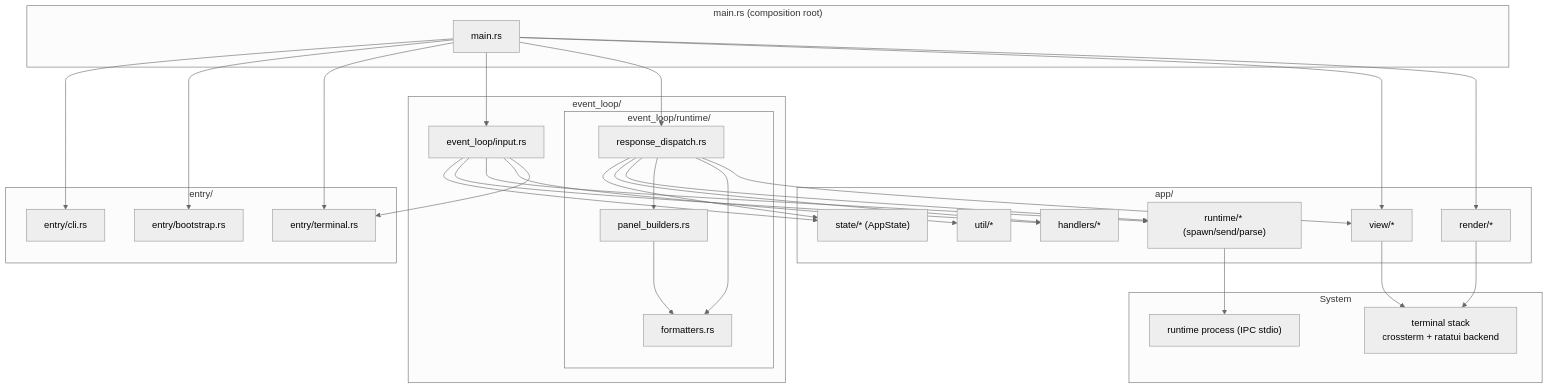
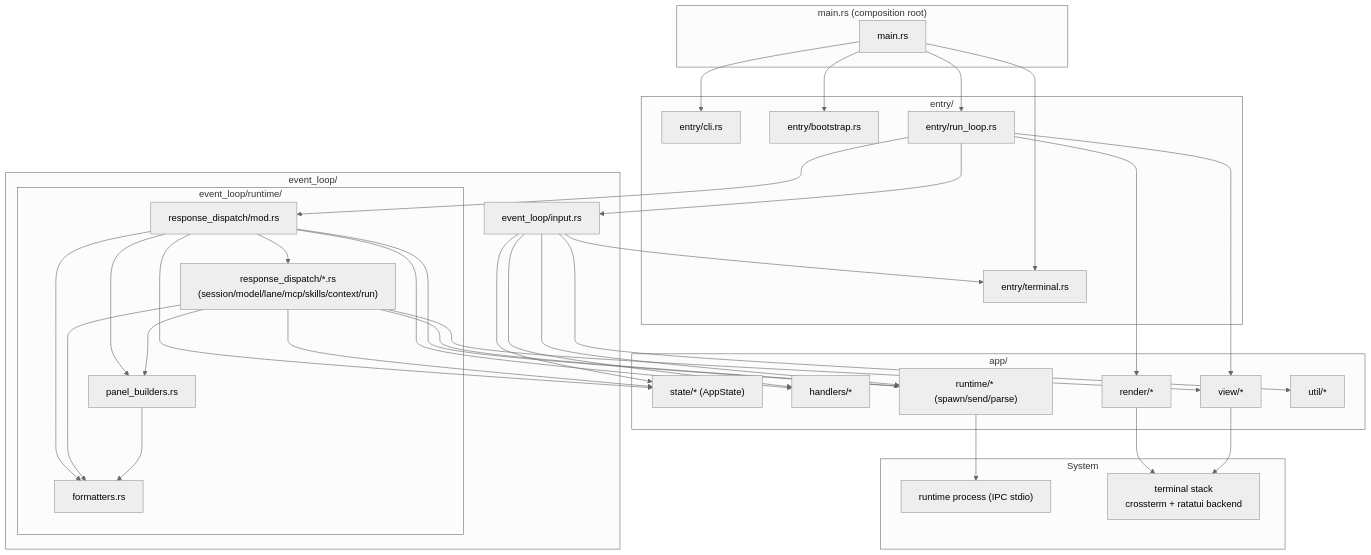
One commit to kousw/codelia changed the first of 3 diagrams in docs/specs/tui-architecture.md. Above: the diagram before and after it, drawn with Mermaid (neutral theme). The commit also changed other lines of this file and 14 other files, not shown here.

Commit message:
refactor(tui): split runtime response handlers and extract run loop

````diff
--- a/docs/specs/tui-architecture.md
+++ b/docs/specs/tui-architecture.md
@@ -39,62 +41,70 @@
 ```mermaid
 flowchart TD
   subgraph main_layer["main.rs (composition root)"]
     main["main.rs"]
   end
 
   subgraph entry_layer["entry/"]
     cli["entry/cli.rs"]
     bootstrap["entry/bootstrap.rs"]
+    run_loop["entry/run_loop.rs"]
     terminal["entry/terminal.rs"]
   end
 
   subgraph loop_layer["event_loop/"]
     input["event_loop/input.rs"]
     subgraph runtime_sub["event_loop/runtime/"]
-      dispatch["response_dispatch.rs"]
+      dispatch["response_dispatch/mod.rs"]
+      domain_handlers["response_dispatch/*.rs\n(session/model/lane/mcp/skills/context/run)"]
       panels["panel_builders.rs"]
       formatters["formatters.rs"]
     end
   end
 
   subgraph app_layer["app/"]
     state["state/* (AppState)"]
     handlers["handlers/*"]
     runtime_adapter["runtime/* (spawn/send/parse)"]
     view["view/*"]
     render["render/*"]
     util["util/*"]
   end
 
   subgraph system_layer["System"]
     runtime_proc["runtime process (IPC stdio)"]
     term_stack["terminal stack\ncrossterm + ratatui backend"]
   end
 
   main --> cli
   main --> bootstrap
   main --> terminal
-  main --> input
-  main --> dispatch
-  main --> view
-  main --> render
+  main --> run_loop
 
+  run_loop --> input
+  run_loop --> dispatch
+  run_loop --> view
+  run_loop --> render
   input --> state
   input --> handlers
   input --> runtime_adapter
   input --> util
   input --> terminal
 
   dispatch --> state
   dispatch --> handlers
   dispatch --> runtime_adapter
+  dispatch --> domain_handlers
   dispatch --> panels
   dispatch --> formatters
-  dispatch --> view
+  domain_handlers --> state
+  domain_handlers --> runtime_adapter
+  domain_handlers --> panels
+  domain_handlers --> formatters
+  domain_handlers --> view
 
   panels --> formatters
 
   runtime_adapter --> runtime_proc
   render --> term_stack
   view --> term_stack
 ```
````
